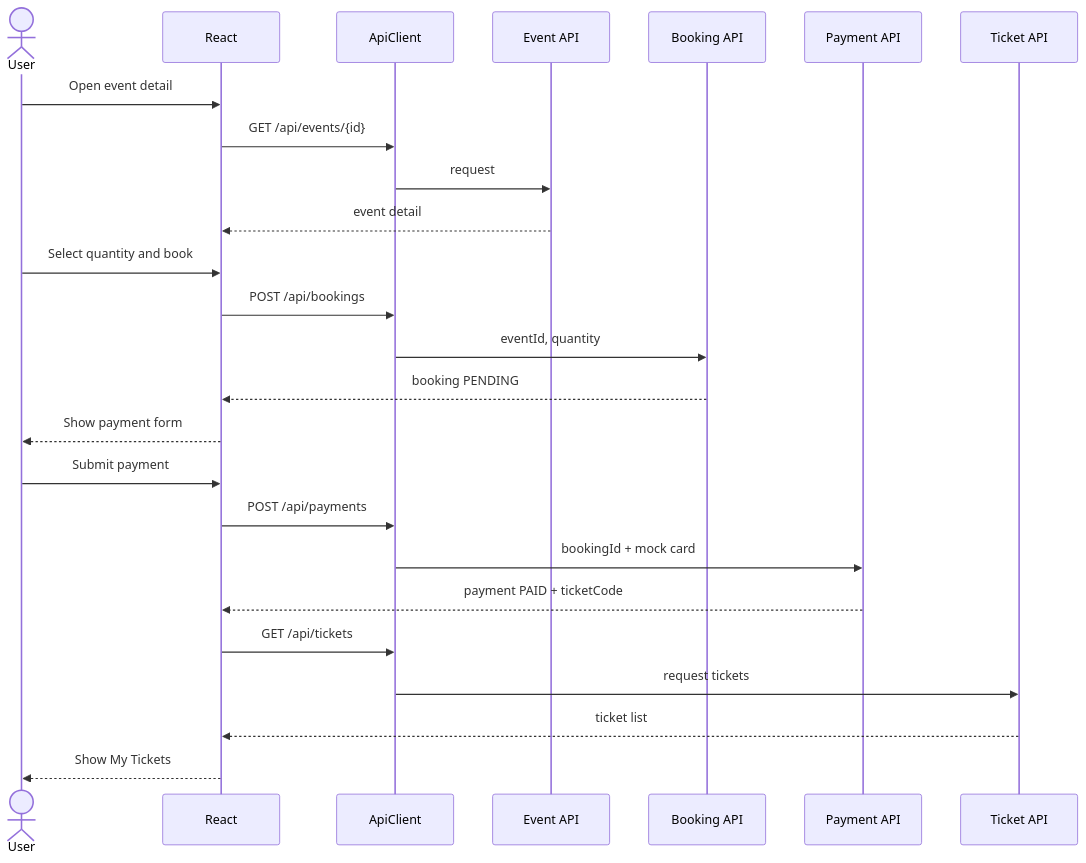
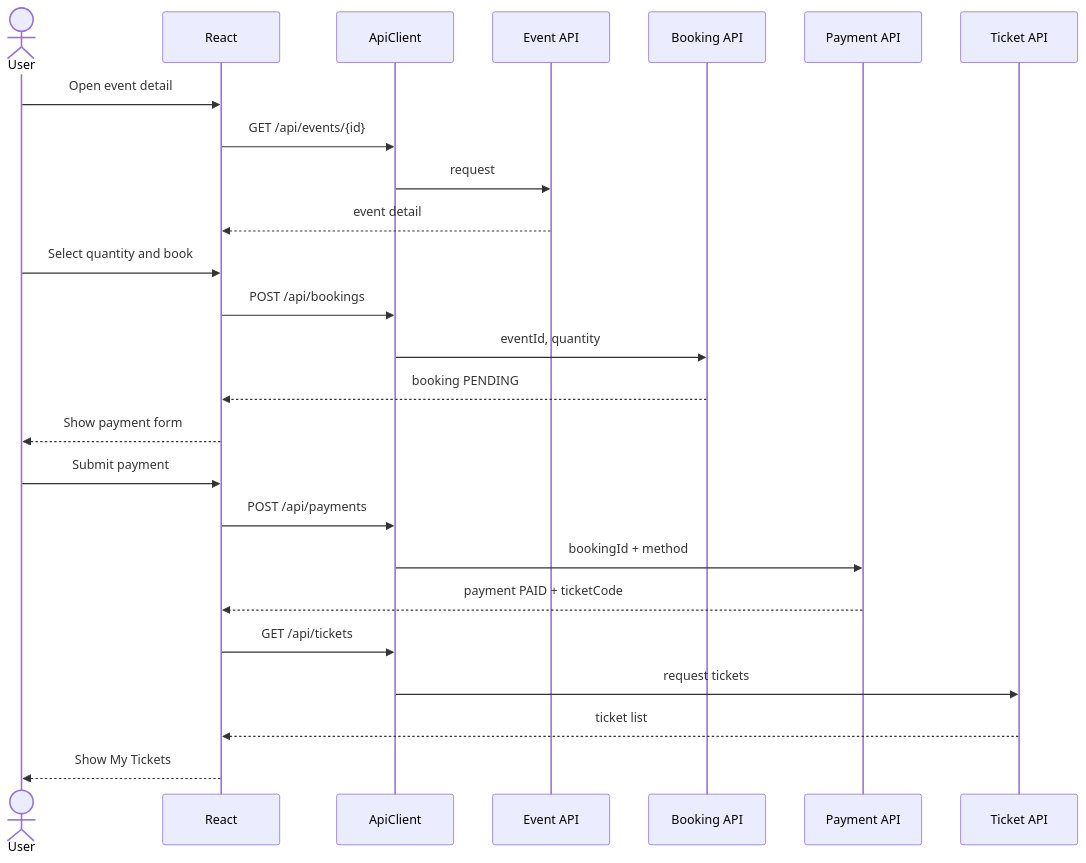
One commit to kietda623/Event-Booking-App changed the second of 4 diagrams in PRD.md. Above: the diagram before and after it, drawn with Mermaid. The commit also changed other lines of this file and 1 other file, not shown here.

Commit message:
docs: refine PRD payment and API details

````diff
--- a/PRD.md
+++ b/PRD.md
@@ -829,27 +916,27 @@
 ```mermaid
 sequenceDiagram
   actor User
   participant React
   participant ApiClient
   participant EventAPI as Event API
   participant BookingAPI as Booking API
   participant PaymentAPI as Payment API
   participant TicketAPI as Ticket API
   User->>React: Open event detail
   React->>ApiClient: GET /api/events/{id}
   ApiClient->>EventAPI: request
   EventAPI-->>React: event detail
   User->>React: Select quantity and book
   React->>ApiClient: POST /api/bookings
   ApiClient->>BookingAPI: eventId, quantity
   BookingAPI-->>React: booking PENDING
   React-->>User: Show payment form
   User->>React: Submit payment
   React->>ApiClient: POST /api/payments
-  ApiClient->>PaymentAPI: bookingId + mock card
+  ApiClient->>PaymentAPI: bookingId + method
   PaymentAPI-->>React: payment PAID + ticketCode
   React->>ApiClient: GET /api/tickets
   ApiClient->>TicketAPI: request tickets
   TicketAPI-->>React: ticket list
   React-->>User: Show My Tickets
 ```
````
